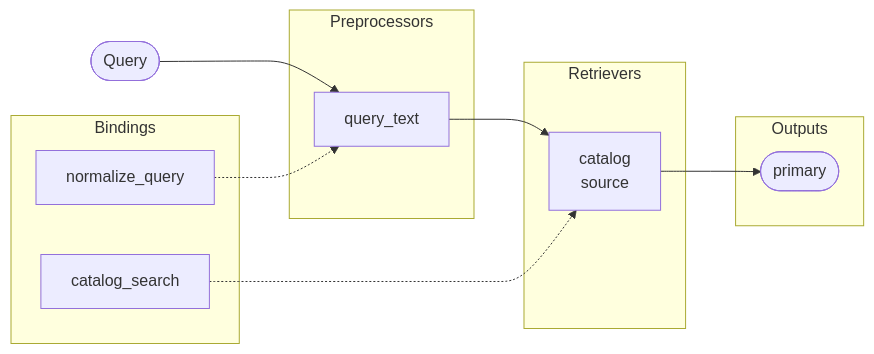
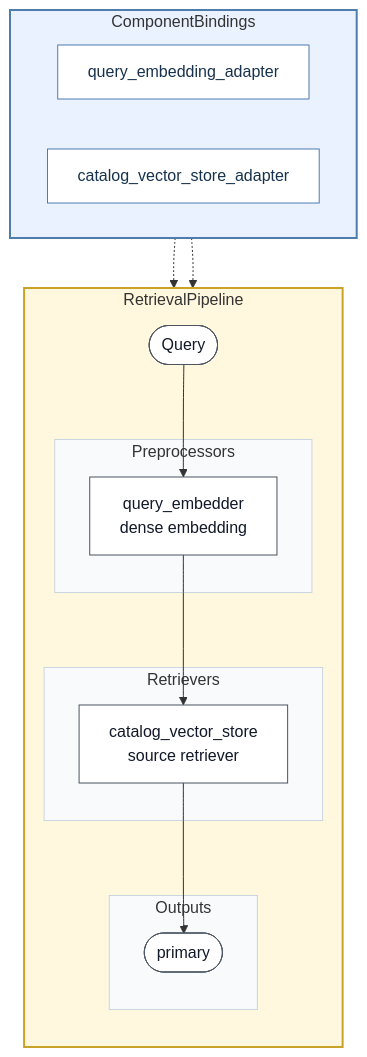
The first of 2 diagrams in README.md (cristiangofiar/Chunkbuster), drawn with Mermaid before and after one commit. The commit also changed other lines of this file and 12 other files, not shown here.

First line of the commit message:
Add SVG diagram for vector ensemble with LLM and script to render documentation diagrams from YAML examples

````diff
--- a/README.md
+++ b/README.md
@@ -70,25 +89,36 @@
 ```mermaid
-flowchart LR
-    query([Query])
-
-    subgraph preprocessors[Preprocessors]
-        query_text[query_text]
+flowchart TB
+    subgraph pipeline["RetrievalPipeline"]
+        direction TB
+        query([Query])
+        subgraph preprocessors[Preprocessors]
+            query_embedder["query_embedder<br/>dense embedding"]
+        end
+        subgraph retrievers[Retrievers]
+            catalog_vector_store["catalog_vector_store<br/>source retriever"]
+        end
+        subgraph outputs[Outputs]
+            primary([primary])
+        end
+        query --> query_embedder --> catalog_vector_store --> primary
     end
 
-    subgraph retrievers[Retrievers]
-        catalog["catalog<br/>source"]
+    subgraph bindings["ComponentBindings"]
+        direction LR
+        query_embedding_adapter[query_embedding_adapter]
+        catalog_vector_store_adapter[catalog_vector_store_adapter]
     end
 
-    subgraph outputs[Outputs]
-        primary([primary])
-    end
+    query_embedding_adapter -.-> query_embedder
+    catalog_vector_store_adapter -.-> catalog_vector_store
 
-    subgraph bindings[Bindings]
-        normalize_query[normalize_query]
-        catalog_search[catalog_search]
-    end
-
-    query --> query_text --> catalog --> primary
-    normalize_query -.-> query_text
-    catalog_search -.-> catalog
+    classDef node fill:#ffffff,stroke:#4b5563,color:#111827
+    classDef adapter fill:#ffffff,stroke:#4f7cac,color:#17324d
+    class query,query_embedder,catalog_vector_store,primary node
+    class query_embedding_adapter,catalog_vector_store_adapter adapter
+    style pipeline fill:#fff8df,stroke:#c9a227,stroke-width:2px
+    style bindings fill:#eaf2ff,stroke:#4f7cac,stroke-width:2px
+    style preprocessors fill:#f8fafc,stroke:#cbd5e1
+    style retrievers fill:#f8fafc,stroke:#cbd5e1
+    style outputs fill:#f8fafc,stroke:#cbd5e1
 ```
````
